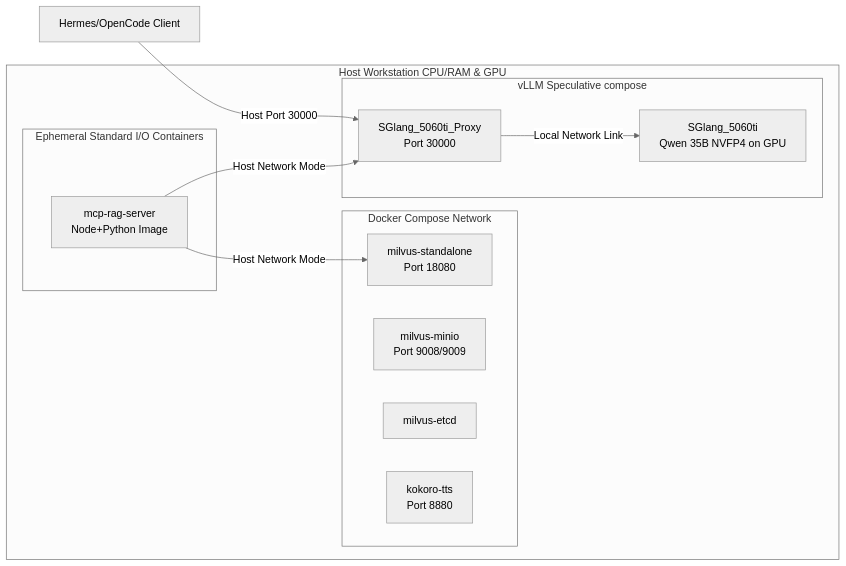
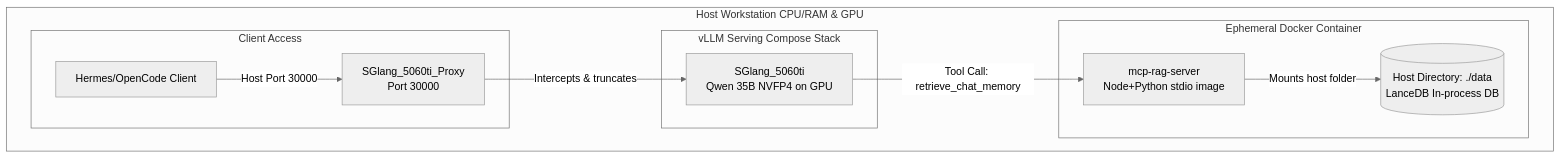
The second of 2 diagrams in architecture_specification.md (Cadododoom/mcp-rag-outlook-v2), drawn with Mermaid (neutral theme) before and after one commit.

Commit message:
Update architecture diagram to remove Milvus and Kokoro, showing LanceDB host mount and clean serving stacks

````diff
--- a/architecture_specification.md
+++ b/architecture_specification.md
@@ -44,26 +44,19 @@
 ```mermaid
-graph LR
+graph TD
     subgraph Host Workstation [Host Workstation CPU/RAM & GPU]
-        subgraph Docker Bridge Network [Docker Compose Network]
-            M_STANDALONE[milvus-standalone <br> Port 18080]
-            M_MINIO[milvus-minio <br> Port 9008/9009]
-            M_ETCD[milvus-etcd]
-            K_TTS[kokoro-tts <br> Port 8880]
+        subgraph Client Access [Client Access]
+            A[Hermes/OpenCode Client] -- "Host Port 30000" --> V_PROXY
         end
 
-        subgraph Speculative Serving Network [vLLM Speculative compose]
-            V_VLLM[SGlang_5060ti <br> Qwen 35B NVFP4 on GPU]
-            V_PROXY[SGlang_5060ti_Proxy <br> Port 30000]
+        subgraph Speculative Serving Network [vLLM Serving Compose Stack]
+            V_PROXY[SGlang_5060ti_Proxy <br> Port 30000] -- "Intercepts & truncates" --> V_VLLM[SGlang_5060ti <br> Qwen 35B NVFP4 on GPU]
         end
         
-        subgraph Ephemeral Containers [Ephemeral Standard I/O Containers]
-            MCP_CONTAINER[mcp-rag-server <br> Node+Python Image]
+        subgraph Ephemeral Execution [Ephemeral Docker Container]
+            MCP_CONTAINER[mcp-rag-server <br> Node+Python stdio image] -- "Mounts host folder" --> HOST_DATA[(Host Directory: ./data <br> LanceDB In-process DB)]
         end
     end
 
     %% Communication paths
-    V_PROXY -- "Local Network Link" --> V_VLLM
-    A[Hermes/OpenCode Client] -- "Host Port 30000" --> V_PROXY
-    MCP_CONTAINER -- "Host Network Mode" --> M_STANDALONE
-    MCP_CONTAINER -- "Host Network Mode" --> V_PROXY
+    V_VLLM -- "Tool Call: retrieve_chat_memory" --> MCP_CONTAINER
 ```
````
